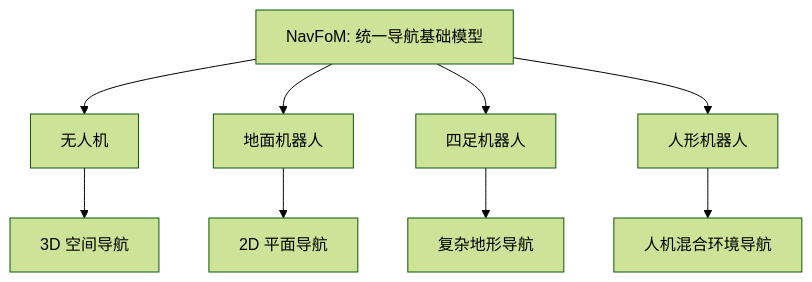
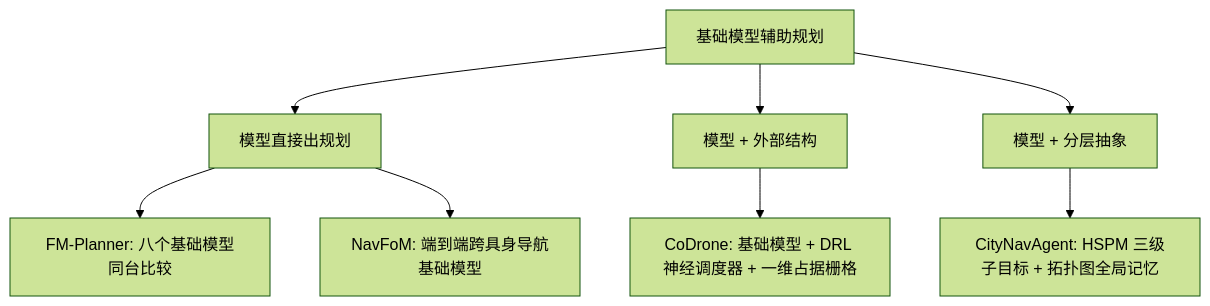
Before and after one commit to Qxy661/UAV-WM-VLA-Learning: the second of 3 diagrams in docs/03-VLA专题/04-基础模型辅助规划.md, drawn with Mermaid (forest theme). The commit also changed other lines of this file and 53 other files, not shown here.

````diff
--- a/docs/03-VLA专题/04-基础模型辅助规划.md
+++ b/docs/03-VLA专题/04-基础模型辅助规划.md
@@ -258,12 +235,13 @@
 ```mermaid
 graph TB
-    A["NavFoM: 统一导航基础模型"] --> B["无人机"]
-    A --> C["地面机器人"]
-    A --> D["四足机器人"]
-    A --> E["人形机器人"]
-    
-    B --> B1["3D 空间导航"]
-    C --> C1["2D 平面导航"]
-    D --> D1["复杂地形导航"]
-    E --> E1["人机混合环境导航"]
+    A["基础模型辅助规划"] --> B["模型直接出规划"]
+    A --> C["模型 + 外部结构"]
+    A --> D["模型 + 分层抽象"]
+
+    B --> B1["FM-Planner: 八个基础模型同台比较"]
+    B --> B2["NavFoM: 端到端跨具身导航基础模型"]
+
+    C --> C1["CoDrone: 基础模型 + DRL 神经调度器 + 一维占据栅格"]
+
+    D --> D1["CityNavAgent: HSPM 三级子目标 + 拓扑图全局记忆"]
 ```
````
